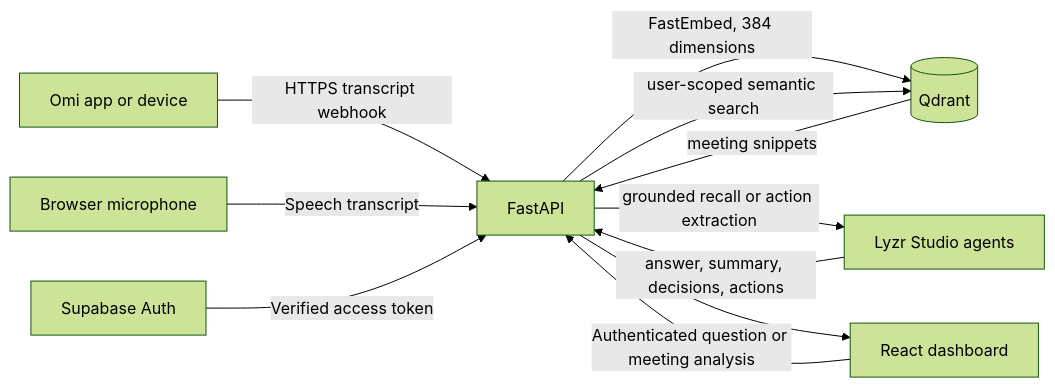
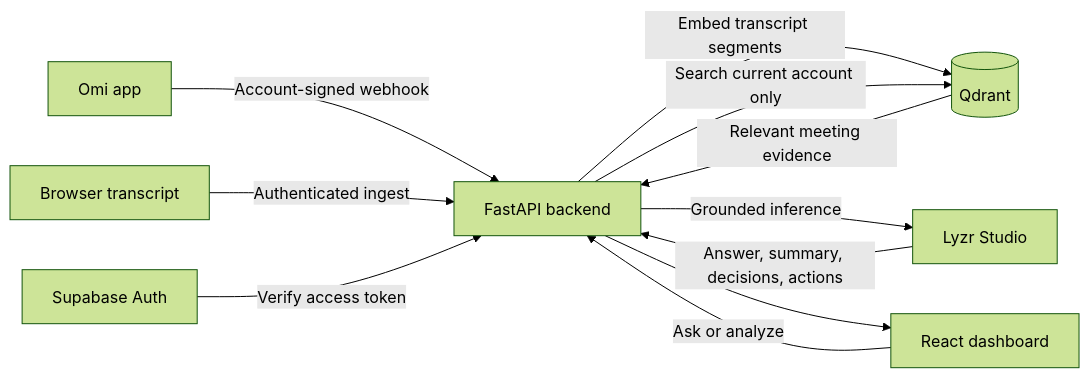
One commit to masood-mashu/omimind-2.0 changed the diagram in README.md. Above: the diagram before and after it, drawn with Mermaid (forest theme). The commit also changed other lines of this file and 7 other files, not shown here.

Commit message:
Add account-scoped Omi webhook routing

````diff
--- a/README.md
+++ b/README.md
@@ -7,13 +15,13 @@
 ```mermaid
 flowchart LR
-    O[Omi app or device] -->|HTTPS transcript webhook| F[FastAPI]
-    M[Browser microphone] -->|Speech transcript| F
-    S[Supabase Auth] -->|Verified access token| F
-    F -->|FastEmbed, 384 dimensions| Q[(Qdrant)]
-    U[React dashboard] -->|Authenticated question or meeting analysis| F
-    F -->|user-scoped semantic search| Q
-    Q -->|meeting snippets| F
-    F -->|grounded recall or action extraction| L[Lyzr Studio agents]
-    L -->|answer, summary, decisions, actions| F
-    F --> U
+    O[Omi app] -->|Account-signed webhook| A[FastAPI backend]
+    B[Browser transcript] -->|Authenticated ingest| A
+    S[Supabase Auth] -->|Verify access token| A
+    A -->|Embed transcript segments| Q[(Qdrant)]
+    U[React dashboard] -->|Ask or analyze| A
+    A -->|Search current account only| Q
+    Q -->|Relevant meeting evidence| A
+    A -->|Grounded inference| L[Lyzr Studio]
+    L -->|Answer, summary, decisions, actions| A
+    A --> U
 ```
````
